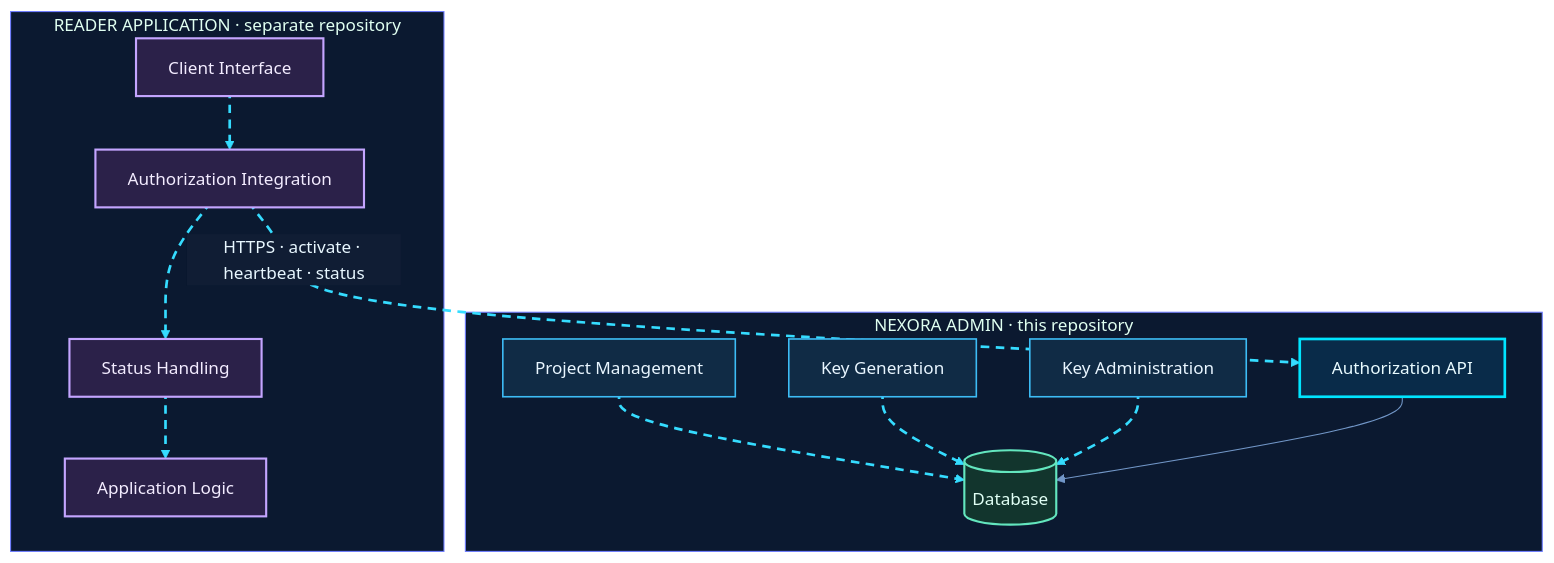
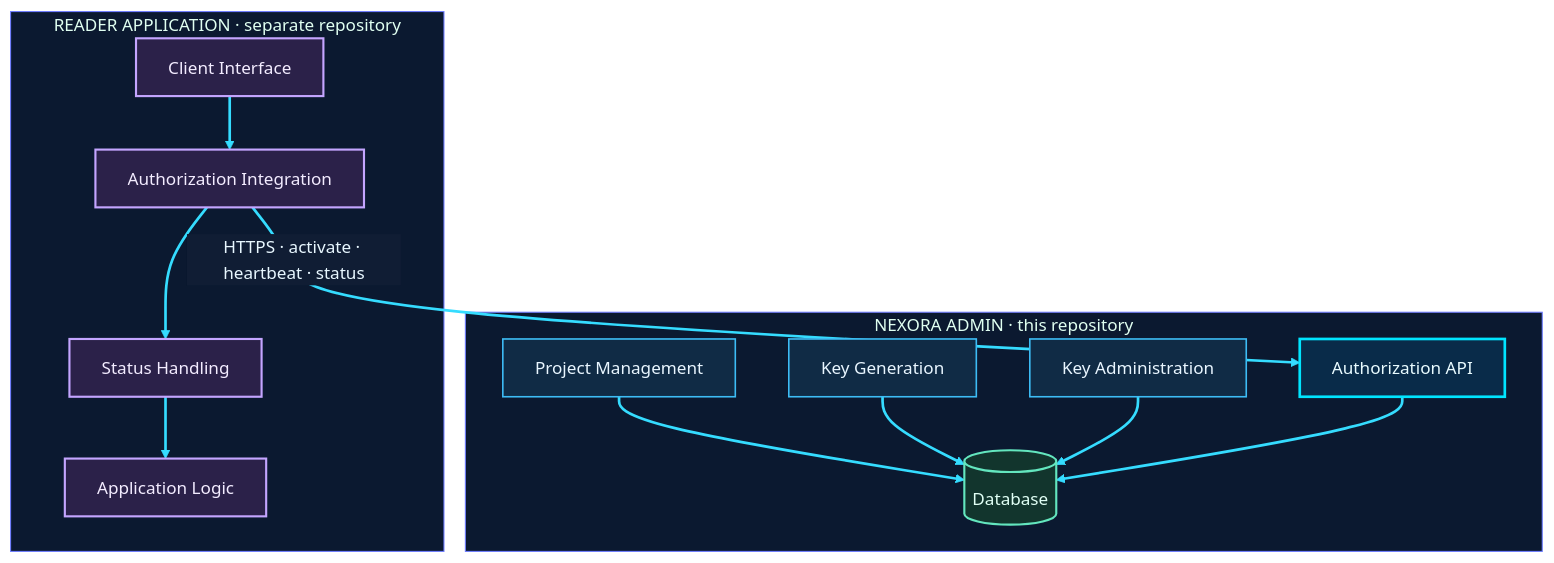
One commit to shajeduzzamanenan992008inc/NexOra-Database-key-Gen changed the second of 23 diagrams in README.md. Above: the diagram before and after it, drawn with Mermaid. The commit also changed other lines of this file, not shown here.

````diff
--- a/README.md
+++ b/README.md
@@ -446,44 +445,43 @@
 ```mermaid
 %%{init: {"theme":"base","themeVariables":{"darkMode":true,"background":"#07111f","primaryColor":"#102744","primaryTextColor":"#e8f7ff","primaryBorderColor":"#00d9ff","lineColor":"#7297c8","secondaryColor":"#261d45","secondaryTextColor":"#f3eaff","secondaryBorderColor":"#a78bfa","tertiaryColor":"#12332b","tertiaryTextColor":"#e0fff1","tertiaryBorderColor":"#41e6a2","fontFamily":"Inter, Segoe UI, sans-serif","edgeLabelBackground":"#101d34","mainBkg":"#102744","nodeBorder":"#00d9ff","clusterBkg":"#0b1930","clusterBorder":"#6f7dff","actorBkg":"#102744","actorBorder":"#00d9ff","actorTextColor":"#e8f7ff","signalColor":"#64d8ff","signalTextColor":"#e8f7ff","noteBkgColor":"#0e332b","noteBorderColor":"#41e6a2","noteTextColor":"#e0fff1"}}}%%
 flowchart TB
     subgraph ADMIN["NEXORA ADMIN · this repository"]
         A1["Project Management"]
         A2["Key Generation"]
         A3["Key Administration"]
         A4[("Database")]
         A5["Authorization API"]
     end
     subgraph READER["READER APPLICATION · separate repository"]
         R1["Client Interface"]
         R2["Authorization Integration"]
         R3["Status Handling"]
         R4["Application Logic"]
     end
-    A1 nx02e01@--> A4
-    A2 nx02e02@--> A4
-    A3 nx02e03@--> A4
+    A1 --> A4
+    A2 --> A4
+    A3 --> A4
     A5 --> A4
-    R2 nx02e05@-->|"HTTPS · activate · heartbeat · status"| A5
-    R1 nx02e04@--> R2
-    R2 nx02e06@--> R3
-    R3 nx02e07@--> R4
+    R2 -->|"HTTPS · activate · heartbeat · status"| A5
+    R1 --> R2
+    R2 --> R3
+    R3 --> R4
 
-    %% OMEGA NEX-ORA visual classes
     %% OMEGA NEX-ORA / ULTRA NEON PALETTE
     classDef nxCore fill:#092b49,stroke:#00e5ff,stroke-width:2.5px,color:#e9fbff;
     classDef nxProcess fill:#102b45,stroke:#3dbcf5,stroke-width:1.5px,color:#e9f6ff;
     classDef nxDecision fill:#2b2050,stroke:#b38cff,stroke-width:2px,color:#f3edff;
     classDef nxSuccess fill:#0d3b2c,stroke:#3fffa0,stroke-width:2px,color:#e0fff0;
     classDef nxDanger fill:#451d30,stroke:#ff6688,stroke-width:2px,color:#fff0f3;
     classDef nxData fill:#12352d,stroke:#63e6be,stroke-width:2px,color:#e1fff5;
     classDef nxExternal fill:#2b2149,stroke:#c4a5ff,stroke-width:2px,color:#f3ecff;
     classDef nxInfo fill:#17253e,stroke:#91a7c9,stroke-width:1.5px,color:#e5efff;
     classDef nxWarning fill:#453116,stroke:#fbbf24,stroke-width:2px,color:#fff6d6;
-    %% Moving dashed route: Mermaid applies this class to explicitly identified edges.
-    classDef nxAnimated stroke:#35dcff,stroke-width:2.5px,stroke-dasharray:8\,6,stroke-dashoffset:1000,animation:dash 24s linear infinite;
     class A1,A2,A3 nxProcess;
     class A4 nxData;
     class A5 nxCore;
     class R1,R2,R3,R4 nxExternal;
-    class nx02e01,nx02e02,nx02e03,nx02e04,nx02e05,nx02e06,nx02e07 nxAnimated;
+
+    %% Animated primary paths using Mermaid linkStyle (no edge-ID parser required)
+    linkStyle default stroke:#35dcff,stroke-width:2.5px,stroke-dasharray:8\,6,stroke-dashoffset:1000,animation:dash 24s linear infinite;
 ```
````
